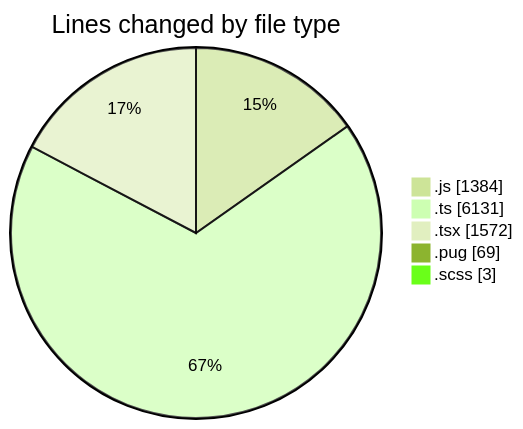
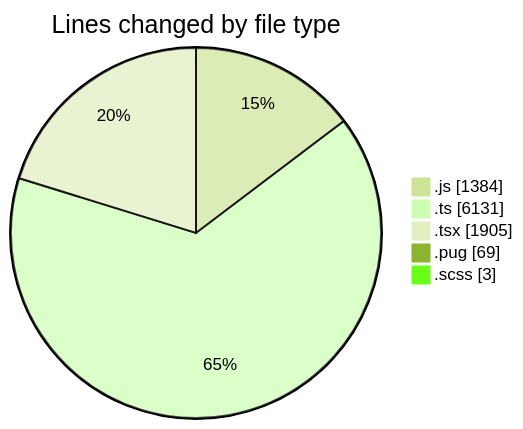
The first of 2 diagrams in 2025-03-25/cda/README.md (momahboobian/code-tracking), drawn with Mermaid (forest theme) before and after one commit. The commit also changed other lines of this file and 1 other file, not shown here.

````diff
--- a/2025-03-25/cda/README.md
+++ b/2025-03-25/cda/README.md
@@ -38,9 +38,9 @@
 ```mermaid
 pie showData
 title Lines changed by file type
 ".js" : 1384
 ".ts" : 6131
-".tsx" : 1572
+".tsx" : 1905
 ".pug" : 69
 ".scss" : 3
 ```
````
